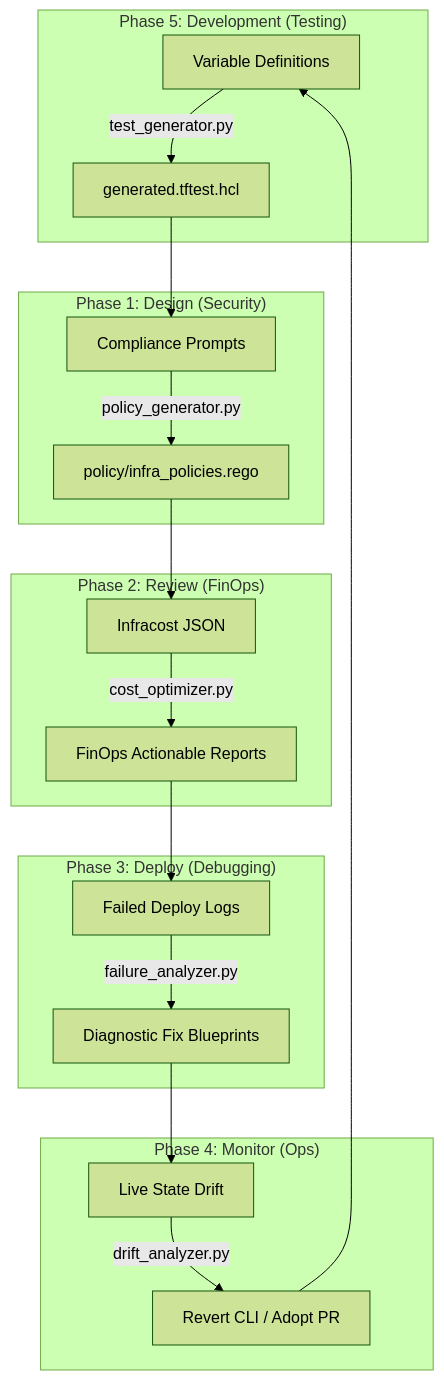
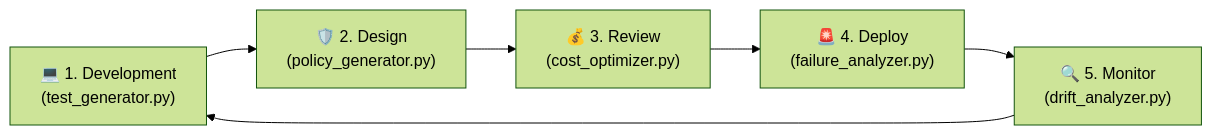
One commit to shreyansh-sawarn/tf-azure changed the diagram in docs/ai-ops.md. Above: the diagram before and after it, drawn with Mermaid (forest theme). The commit also changed 1 other file, not shown here.

Commit message:
diagram cleanup

````diff
--- a/docs/ai-ops.md
+++ b/docs/ai-ops.md
@@ -22,28 +22,8 @@
 ```mermaid
-graph TD
-    subgraph "Phase 5: Development (Testing)"
-        I[Variable Definitions] -->|test_generator.py| J[generated.tftest.hcl]
-    end
-
-    subgraph "Phase 1: Design (Security)"
-        A[Compliance Prompts] -->|policy_generator.py| B[policy/infra_policies.rego]
-    end
-
-    subgraph "Phase 2: Review (FinOps)"
-        C[Infracost JSON] -->|cost_optimizer.py| D[FinOps Actionable Reports]
-    end
-
-    subgraph "Phase 3: Deploy (Debugging)"
-        E[Failed Deploy Logs] -->|failure_analyzer.py| F[Diagnostic Fix Blueprints]
-    end
-
-    subgraph "Phase 4: Monitor (Ops)"
-        G[Live State Drift] -->|drift_analyzer.py| H[Revert CLI / Adopt PR]
-    end
-
-    J --> A
-    B --> C
-    D --> E
-    F --> G
-    H --> I
+graph LR
+    Dev["💻 1. Development<br/>(test_generator.py)"] --> Design["🛡️ 2. Design<br/>(policy_generator.py)"]
+    Design --> Review["💰 3. Review<br/>(cost_optimizer.py)"]
+    Review --> Deploy["🚨 4. Deploy<br/>(failure_analyzer.py)"]
+    Deploy --> Monitor["🔍 5. Monitor<br/>(drift_analyzer.py)"]
+    Monitor --> Dev
 ```
````
